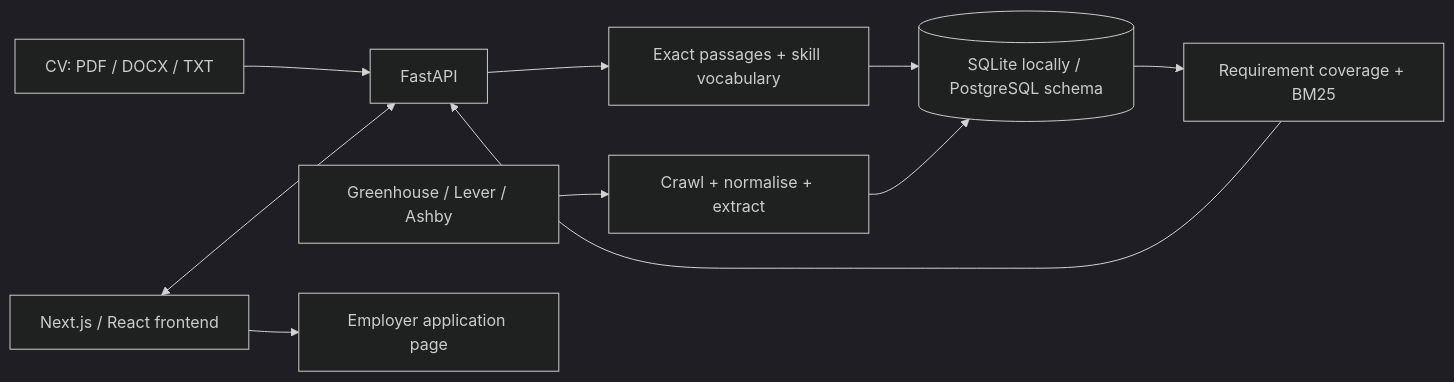
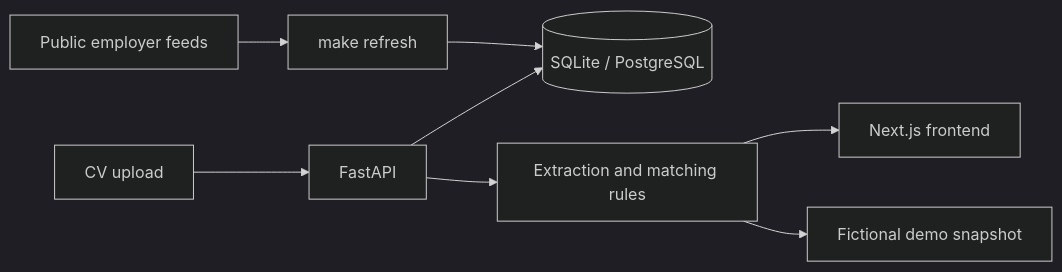
One commit to filcambitsis/rolefit changed the diagram in README.md. Above: the diagram before and after it, drawn with Mermaid (dark theme). The commit also changed other lines of this file and 41 other files, not shown here.

````diff
--- a/README.md
+++ b/README.md
@@ -61,12 +74,10 @@
 ```mermaid
 flowchart LR
-    CV["CV: PDF / DOCX / TXT"] --> API["FastAPI"]
-    UI["Next.js / React frontend"] <--> API
-    API --> Parse["Exact passages + skill vocabulary"]
-    Parse --> DB[("SQLite locally / PostgreSQL schema")]
-    ATS["Greenhouse / Lever / Ashby"] --> Refresh["Crawl + normalise + extract"]
-    Refresh --> DB
-    DB --> Match["Requirement coverage + BM25"]
-    Match --> API
-    UI --> Apply["Employer application page"]
+    CV[CV upload] --> API[FastAPI]
+    Boards[Public employer feeds] --> Refresh[make refresh]
+    Refresh --> DB[(SQLite / PostgreSQL)]
+    API --> DB
+    API --> Rules[Extraction and matching rules]
+    Rules --> UI[Next.js frontend]
+    Rules --> Demo[Fictional demo snapshot]
 ```
````
